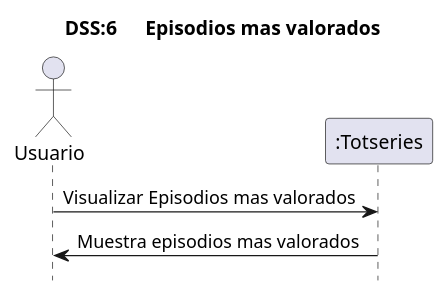
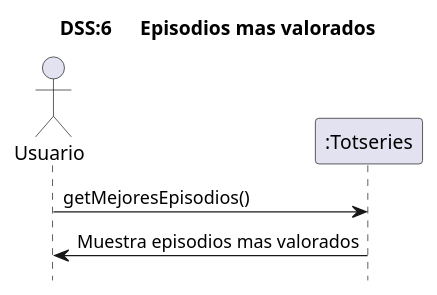
Before and after one commit to MrViciao/TotSeries: the diagram in src/totseries/Uml/Sistema/Diagrama de Sistema UC6.puml, drawn with PlantUML.

Commit message:
Update Diagrama de Sistema UC6.puml

```diff
--- a/src/totseries/Uml/Sistema/Diagrama de Sistema UC6.puml
+++ b/src/totseries/Uml/Sistema/Diagrama de Sistema UC6.puml
@@ -1,11 +1,10 @@
 @startuml
 title	DSS:6	Episodios mas valorados
-'	ocultar	el	foot	si	son	curts,	sino	deixar-ho
-'	la	comanda	es	la	seguent
 hide	footbox
+
 'definicio	d'actors
 actor	Usuario	as	user
-user	->	":Totseries":Visualizar Episodios mas valorados
+user	->	":Totseries":getMejoresEpisodios()
 ":Totseries" -> user :Muestra episodios mas valorados
 
 @enduml
```
